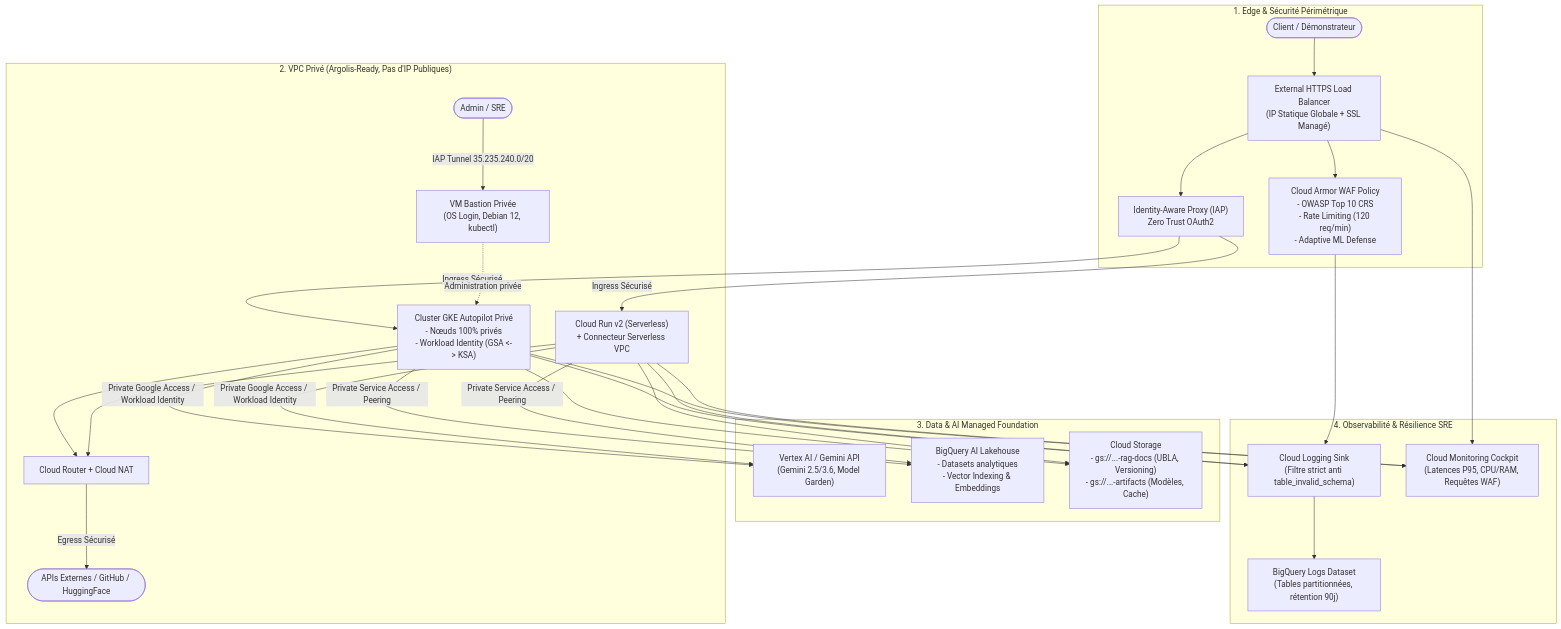
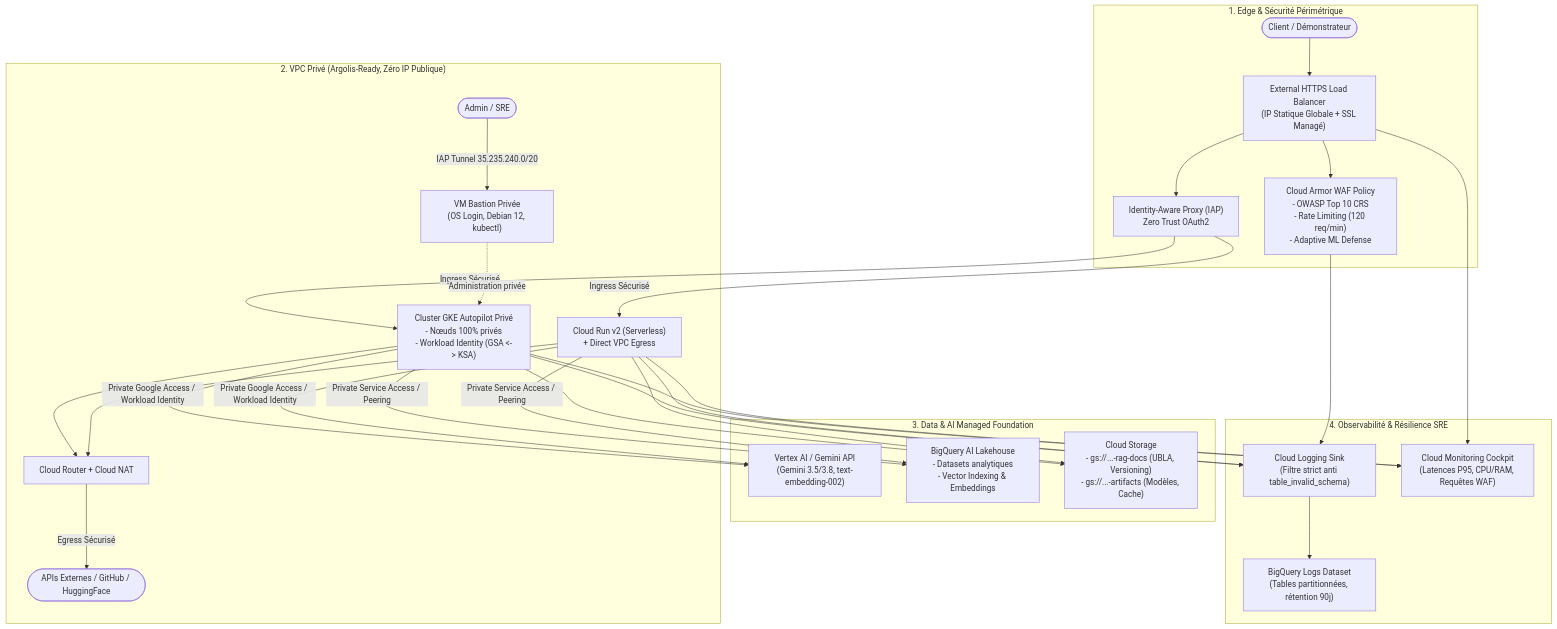
Before and after one commit to hoffmannw-hjkl/gcp-ai-foundation-blueprint: the diagram in README.md, drawn with Mermaid. The commit also changed other lines of this file and 2 other files, not shown here.

First line of the commit message:
docs: align blueprint documentation with Google Technical Writing standards

````diff
--- a/README.md
+++ b/README.md
@@ -31,32 +25,32 @@
 ```mermaid
 flowchart TD
     subgraph Internet_Edge ["1. Edge & Sécurité Périmétrique"]
         User(["Client / Démonstrateur"]) --> LB["External HTTPS Load Balancer\n(IP Statique Globale + SSL Managé)"]
         LB --> WAF["Cloud Armor WAF Policy\n- OWASP Top 10 CRS\n- Rate Limiting (120 req/min)\n- Adaptive ML Defense"]
         LB --> IAP["Identity-Aware Proxy (IAP)\nZero Trust OAuth2"]
     end
 
-    subgraph VPC ["2. VPC Privé (Argolis-Ready, Pas d'IP Publiques)"]
+    subgraph VPC ["2. VPC Privé (Argolis-Ready, Zéro IP Publique)"]
         IAP -->|Ingress Sécurisé| GKE["Cluster GKE Autopilot Privé\n- Nœuds 100% privés\n- Workload Identity (GSA <-> KSA)"]
-        IAP -->|Ingress Sécurisé| CR["Cloud Run v2 (Serverless)\n+ Connecteur Serverless VPC"]
+        IAP -->|Ingress Sécurisé| CR["Cloud Run v2 (Serverless)\n+ Direct VPC Egress"]
         
         Admin(["Admin / SRE"]) -->|IAP Tunnel 35.235.240.0/20| Bastion["VM Bastion Privée\n(OS Login, Debian 12, kubectl)"]
         Bastion -.->|Administration privée| GKE
 
         GKE --> NAT["Cloud Router + Cloud NAT"]
         CR --> NAT
         NAT -->|Egress Sécurisé| EgressNet(["APIs Externes / GitHub / HuggingFace"])
     end
 
     subgraph Data_AI ["3. Data & AI Managed Foundation"]
-        GKE & CR -->|Private Google Access / Workload Identity| VertexAI["Vertex AI / Gemini API\n(Gemini 2.5/3.6, Model Garden)"]
+        GKE & CR -->|Private Google Access / Workload Identity| VertexAI["Vertex AI / Gemini API\n(Gemini 3.5/3.8, text-embedding-002)"]
         GKE & CR -->|Private Service Access / Peering| BQ["BigQuery AI Lakehouse\n- Datasets analytiques\n- Vector Indexing & Embeddings"]
         GKE & CR --> GCS["Cloud Storage\n- gs://...-rag-docs (UBLA, Versioning)\n- gs://...-artifacts (Modèles, Cache)"]
     end
 
     subgraph SRE_Observability ["4. Observabilité & Résilience SRE"]
         GKE & CR & WAF --> Sink["Cloud Logging Sink\n(Filtre strict anti table_invalid_schema)"]
         Sink --> BQLogs["BigQuery Logs Dataset\n(Tables partitionnées, rétention 90j)"]
         GKE & CR & LB --> Dash["Cloud Monitoring Cockpit\n(Latences P95, CPU/RAM, Requêtes WAF)"]
     end
 ```
````
